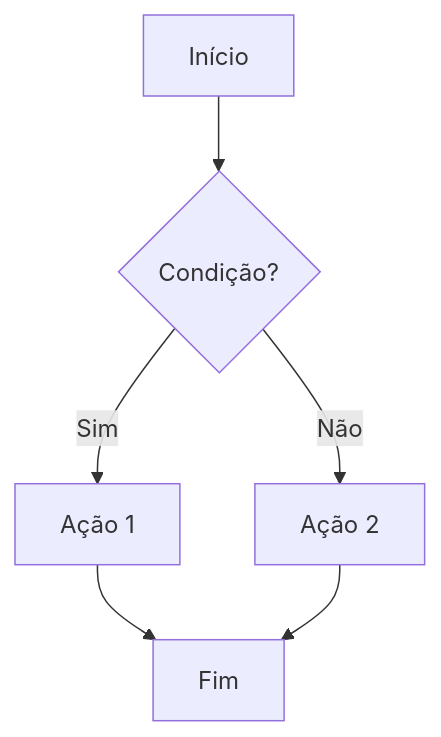
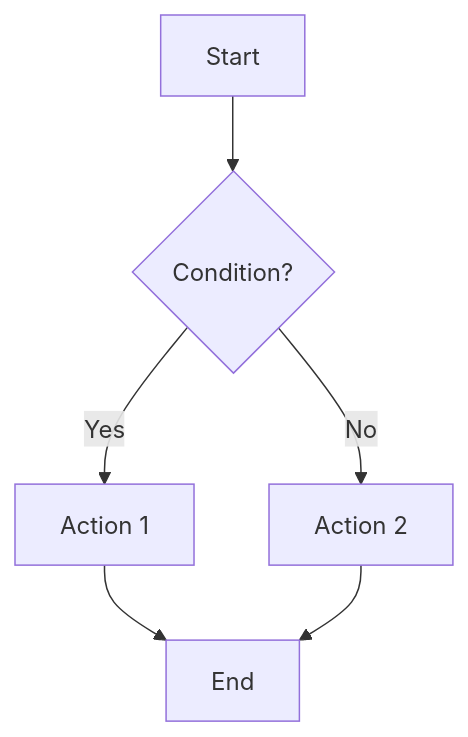
One commit to caiorodrigo10/roobin-skills changed the fourth of 4 diagrams in skills/roobin-docs/SKILL.md. Above: the diagram before and after it, drawn with Mermaid. The commit also changed other lines of this file and 1 other file, not shown here.

````diff
--- a/skills/roobin-docs/SKILL.md
+++ b/skills/roobin-docs/SKILL.md
@@ -255,8 +255,8 @@
 ```mermaid
 flowchart TD
-    A[Início] --> B{Condição?}
-    B -->|Sim| C[Ação 1]
-    B -->|Não| D[Ação 2]
-    C --> E[Fim]
+    A[Start] --> B{Condition?}
+    B -->|Yes| C[Action 1]
+    B -->|No| D[Action 2]
+    C --> E[End]
     D --> E
 ```
````
